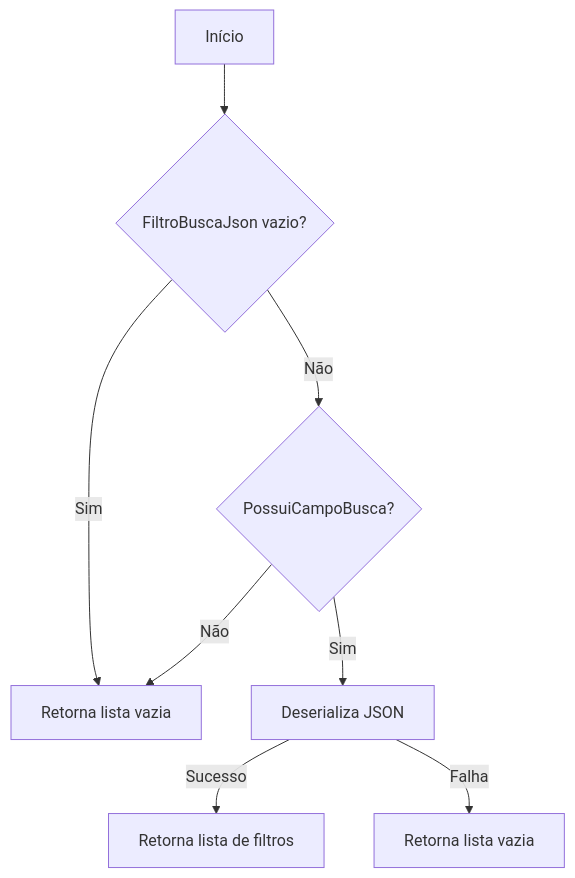
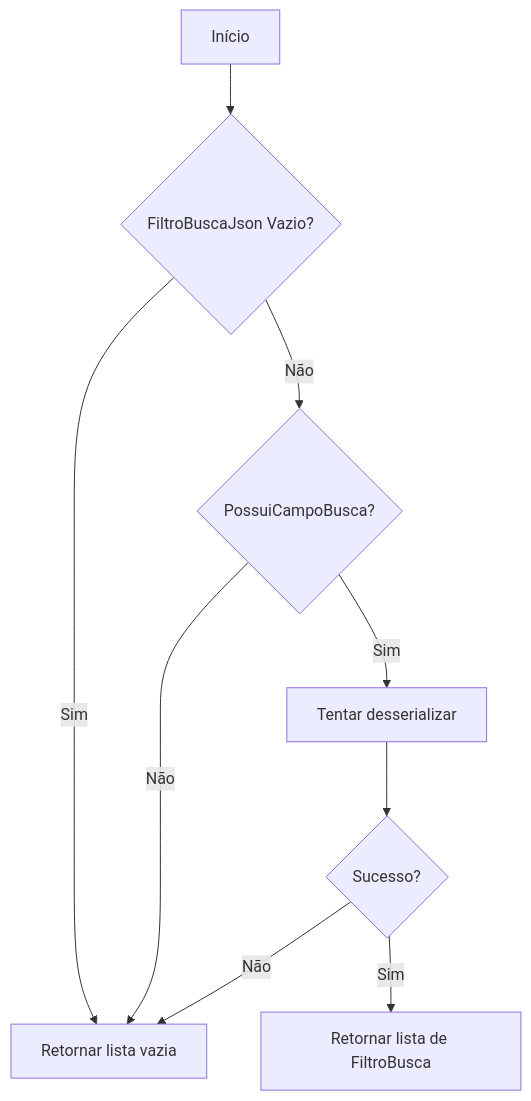
Before and after one commit to IsthmusSistemas/documentacao-tecnica: the first of 3 diagrams in docs/b2b-dominio/IsthmusWinthor.Nucleo/IsthmusWinthor.Dominio/Entidades/Faixa.md, drawn with Mermaid. The commit also changed other lines of this file and 882 other files, not shown here.

````diff
--- a/docs/b2b-dominio/IsthmusWinthor.Nucleo/IsthmusWinthor.Dominio/Entidades/Faixa.md
+++ b/docs/b2b-dominio/IsthmusWinthor.Nucleo/IsthmusWinthor.Dominio/Entidades/Faixa.md
@@ -27,18 +18,11 @@
 ```mermaid
 flowchart TD
-    A[Início]
-    B{FiltroBuscaJson vazio?}
-    C{PossuiCampoBusca?}
-    D[Retorna lista vazia]
-    E[Deserializa JSON]
-    F[Retorna lista de filtros]
-    G[Retorna lista vazia]
-
-    A --> B
-    B -- Sim --> D
-    B -- Não --> C
-    C -- Não --> D
-    C -- Sim --> E
-    E -- Sucesso --> F
-    E -- Falha --> G
+    A[Início] --> B{FiltroBuscaJson Vazio?}
+    B -- Sim --> C[Retornar lista vazia]
+    B -- Não --> D{PossuiCampoBusca?}
+    D -- Não --> C
+    D -- Sim --> E[Tentar desserializar]
+    E --> F{Sucesso?}
+    F -- Não --> C
+    F -- Sim --> G[Retornar lista de FiltroBusca]
 ```
````
